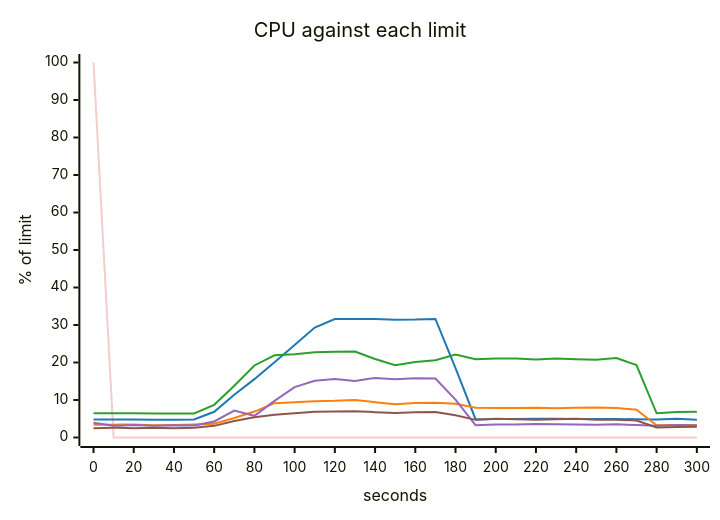
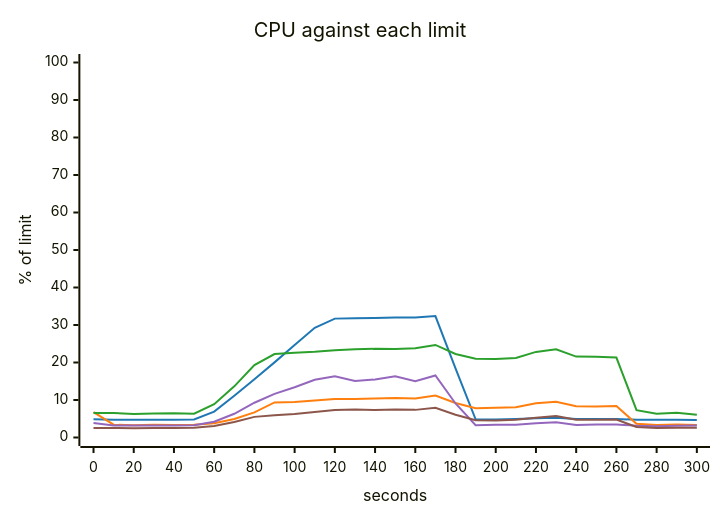
The fifth of 5 diagrams in scenarios/flash-sale/solutions/queue-the-orders/report.md (akinfemi/load-lore), drawn with Mermaid before and after one commit. The commit also changed other lines of this file and 125 other files, not shown here.

````diff
--- a/scenarios/flash-sale/solutions/queue-the-orders/report.md
+++ b/scenarios/flash-sale/solutions/queue-the-orders/report.md
@@ -99,19 +96,18 @@
 ```mermaid
 ---
 config:
   themeVariables:
     xyChart:
       backgroundColor: "transparent"
-      plotColorPalette: "#f4cccc, #1f77b4, #ff7f0e, #2ca02c, #9467bd, #8c564b"
+      plotColorPalette: "#1f77b4, #ff7f0e, #2ca02c, #9467bd, #8c564b"
 ---
 xychart-beta
     title "CPU against each limit"
     x-axis "seconds" 0 --> 300
     y-axis "% of limit" 0 --> 100
-    line [100, 0, 0, 0, 0, 0, 0, 0, 0, 0, 0, 0, 0, 0, 0, 0, 0, 0, 0, 0, 0, 0, 0, 0, 0, 0, 0, 0, 0, 0, 0]
-    line [4.827, 4.778, 4.789, 4.756, 4.734, 4.795, 6.853, 11.39, 15.558, 20.051, 24.645, 29.323, 31.601, 31.611, 31.587, 31.416, 31.438, 31.602, 18.519, 4.82, 4.9, 4.925, 4.993, 4.978, 4.948, 4.95, 4.956, 4.855, 4.814, 4.98, 4.763]
-    line [3.414, 3.428, 3.476, 3.27, 3.351, 3.488, 3.687, 5.215, 6.918, 9.149, 9.42, 9.689, 9.77, 9.974, 9.416, 8.9, 9.211, 9.286, 8.996, 7.937, 7.875, 7.872, 7.923, 7.794, 7.929, 7.971, 7.885, 7.411, 3.269, 3.338, 3.329]
-    line [6.44, 6.447, 6.446, 6.388, 6.377, 6.417, 8.708, 13.787, 19.208, 21.926, 22.195, 22.711, 22.892, 22.907, 20.925, 19.29, 20.153, 20.612, 22.147, 20.864, 21.089, 21.062, 20.832, 21.041, 20.84, 20.734, 21.168, 19.295, 6.456, 6.815, 6.837]
-    line [3.931, 3.107, 3.308, 3.141, 3.234, 3.207, 4.276, 7.188, 5.787, 9.777, 13.442, 15.127, 15.595, 15.098, 15.88, 15.533, 15.784, 15.735, 10.096, 3.243, 3.459, 3.473, 3.594, 3.529, 3.495, 3.433, 3.503, 3.321, 3.114, 3.333, 3.205]
-    line [2.442, 2.603, 2.499, 2.598, 2.482, 2.577, 3.107, 4.415, 5.419, 6.039, 6.435, 6.89, 6.941, 7.028, 6.755, 6.509, 6.736, 6.805, 5.913, 4.706, 4.997, 4.843, 4.744, 4.888, 4.986, 4.749, 4.747, 4.51, 2.694, 2.791, 2.869]
+    line [4.858, 4.75, 4.755, 4.762, 4.762, 4.814, 6.893, 11.148, 15.531, 20.037, 24.64, 29.246, 31.7, 31.794, 31.859, 32.001, 32.005, 32.374, 18.425, 4.851, 4.826, 4.943, 5.11, 5.267, 4.909, 4.91, 4.924, 4.75, 4.762, 4.752, 4.657]
+    line [6.789, 3.412, 3.237, 3.428, 3.302, 3.401, 3.821, 4.925, 6.693, 9.342, 9.499, 9.846, 10.24, 10.276, 10.421, 10.522, 10.397, 11.194, 9.188, 7.799, 7.951, 8.045, 9.153, 9.556, 8.361, 8.234, 8.384, 3.634, 3.321, 3.44, 3.328]
+    line [6.527, 6.524, 6.263, 6.417, 6.456, 6.354, 8.894, 13.644, 19.327, 22.249, 22.632, 22.873, 23.283, 23.534, 23.64, 23.576, 23.81, 24.678, 22.28, 20.989, 20.938, 21.195, 22.829, 23.541, 21.567, 21.501, 21.316, 7.29, 6.362, 6.607, 6.087]
+    line [3.886, 3.178, 3.18, 3.186, 3.203, 3.257, 4.193, 6.329, 9.271, 11.627, 13.4, 15.39, 16.313, 15.1, 15.484, 16.316, 15.033, 16.539, 9.075, 3.272, 3.421, 3.395, 3.832, 4.093, 3.353, 3.479, 3.466, 3.153, 3.022, 3.111, 3.2]
+    line [2.563, 2.552, 2.498, 2.539, 2.536, 2.601, 3.041, 4.159, 5.5, 5.947, 6.278, 6.828, 7.333, 7.439, 7.342, 7.467, 7.367, 7.912, 6.085, 4.577, 4.566, 4.708, 5.283, 5.758, 4.74, 4.76, 4.774, 2.785, 2.536, 2.584, 2.599]
 ```
````
